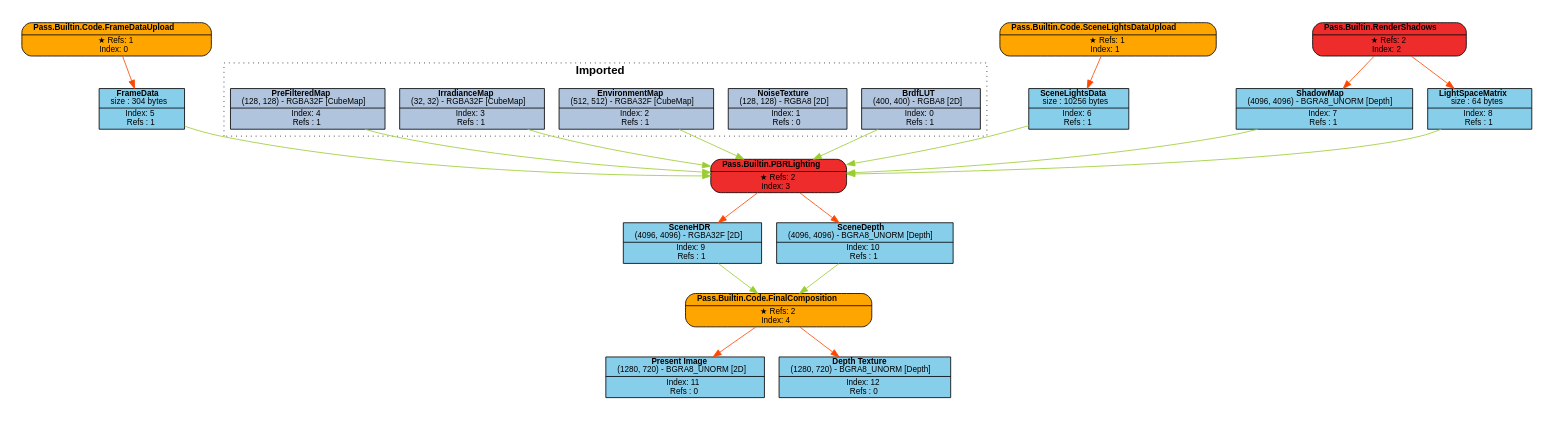
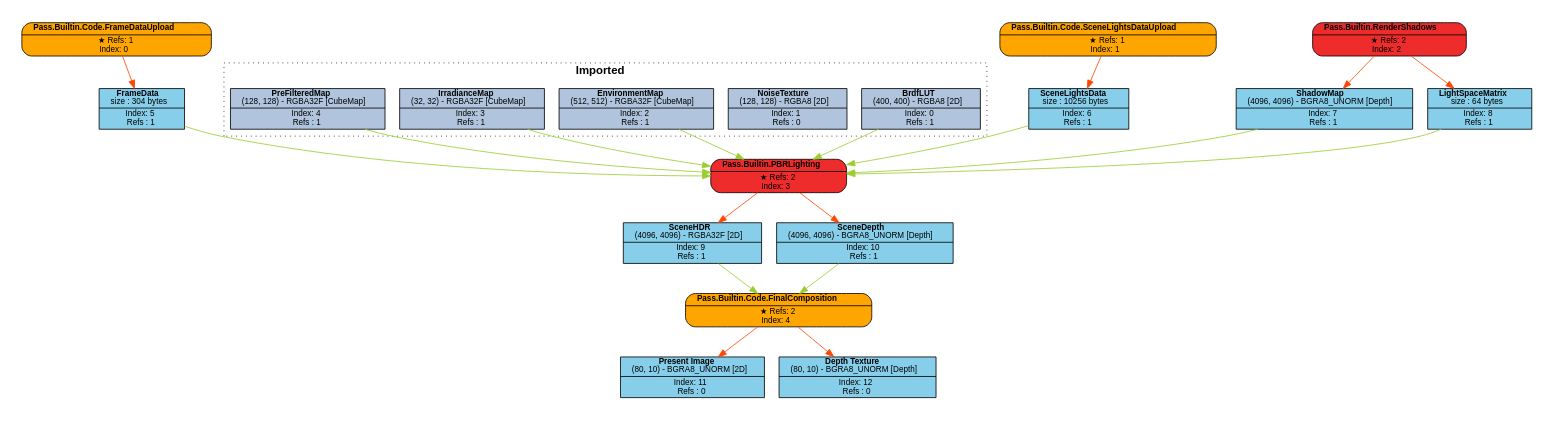
Before and after one commit to Pikachuxxxx/Razix: the diagram in Engine/content/FrameGraphs/pbr_lighting_data_driven.dot, drawn with Graphviz. The commit also changed 10 other files, not shown here.

```diff
--- a/Engine/content/FrameGraphs/pbr_lighting_data_driven.dot
+++ b/Engine/content/FrameGraphs/pbr_lighting_data_driven.dot
@@ -1,66 +1,66 @@
 digraph FrameGraph {
 graph [style=invis, rankdir="TB" ordering=out, splines=spline]
 node [shape=record, fontname="helvetica", fontsize=10, margin="0.2,0.03"]
 
 P0 [label=<{ {<B>Pass.Builtin.Code.FrameDataUpload</B>} | {&#x2605; Refs: 1<BR/> Index: 0} }> style="rounded,filled", fillcolor=orange]
 P1 [label=<{ {<B>Pass.Builtin.Code.SceneLightsDataUpload</B>} | {&#x2605; Refs: 1<BR/> Index: 1} }> style="rounded,filled", fillcolor=orange]
 P2 [label=<{ {<B>Pass.Builtin.RenderShadows</B>} | {&#x2605; Refs: 2<BR/> Index: 2} }> style="rounded,filled", fillcolor=firebrick2]
 P3 [label=<{ {<B>Pass.Builtin.PBRLighting</B>} | {&#x2605; Refs: 2<BR/> Index: 3} }> style="rounded,filled", fillcolor=firebrick2]
 P4 [label=<{ {<B>Pass.Builtin.Code.FinalComposition</B>} | {&#x2605; Refs: 2<BR/> Index: 4} }> style="rounded,filled", fillcolor=orange]
 
 R0_1 [label=<{ {<B>BrdfLUT</B><BR/>(400, 400) - RGBA8 [2D]} | {Index: 0<BR/>Refs : 1} }> style=filled, fillcolor=lightsteelblue]
 R1_1 [label=<{ {<B>NoiseTexture</B><BR/>(128, 128) - RGBA8 [2D]} | {Index: 1<BR/>Refs : 0} }> style=filled, fillcolor=lightsteelblue]
 R2_1 [label=<{ {<B>EnvironmentMap</B><BR/>(512, 512) - RGBA32F [CubeMap]} | {Index: 2<BR/>Refs : 1} }> style=filled, fillcolor=lightsteelblue]
 R3_1 [label=<{ {<B>IrradianceMap</B><BR/>(32, 32) - RGBA32F [CubeMap]} | {Index: 3<BR/>Refs : 1} }> style=filled, fillcolor=lightsteelblue]
 R4_1 [label=<{ {<B>PreFilteredMap</B><BR/>(128, 128) - RGBA32F [CubeMap]} | {Index: 4<BR/>Refs : 1} }> style=filled, fillcolor=lightsteelblue]
 R5_1 [label=<{ {<B>FrameData</B><BR/>size : 304 bytes} | {Index: 5<BR/>Refs : 1} }> style=filled, fillcolor=skyblue]
 R6_1 [label=<{ {<B>SceneLightsData</B><BR/>size : 10256 bytes} | {Index: 6<BR/>Refs : 1} }> style=filled, fillcolor=skyblue]
 R7_1 [label=<{ {<B>ShadowMap</B><BR/>(4096, 4096) - BGRA8_UNORM [Depth]} | {Index: 7<BR/>Refs : 1} }> style=filled, fillcolor=skyblue]
 R8_1 [label=<{ {<B>LightSpaceMatrix</B><BR/>size : 64 bytes} | {Index: 8<BR/>Refs : 1} }> style=filled, fillcolor=skyblue]
 R9_1 [label=<{ {<B>SceneHDR</B><BR/>(4096, 4096) - RGBA32F [2D]} | {Index: 9<BR/>Refs : 1} }> style=filled, fillcolor=skyblue]
 R10_1 [label=<{ {<B>SceneDepth</B><BR/>(4096, 4096) - BGRA8_UNORM [Depth]} | {Index: 10<BR/>Refs : 1} }> style=filled, fillcolor=skyblue]
-R11_1 [label=<{ {<B>Present Image</B><BR/>(1280, 720) - BGRA8_UNORM [2D]} | {Index: 11<BR/>Refs : 0} }> style=filled, fillcolor=skyblue]
-R12_1 [label=<{ {<B>Depth Texture</B><BR/>(1280, 720) - BGRA8_UNORM [Depth]} | {Index: 12<BR/>Refs : 0} }> style=filled, fillcolor=skyblue]
+R11_1 [label=<{ {<B>Present Image</B><BR/>(80, 10) - BGRA8_UNORM [2D]} | {Index: 11<BR/>Refs : 0} }> style=filled, fillcolor=skyblue]
+R12_1 [label=<{ {<B>Depth Texture</B><BR/>(80, 10) - BGRA8_UNORM [Depth]} | {Index: 12<BR/>Refs : 0} }> style=filled, fillcolor=skyblue]
 
 P0 -> { R5_1 } [color=orangered]
 P1 -> { R6_1 } [color=orangered]
 P2 -> { R7_1 R8_1 } [color=orangered]
 P3 -> { R9_1 R10_1 } [color=orangered]
 P4 -> { R11_1 R12_1 } [color=orangered]
 
 R0_1 -> { P3 } [color=olivedrab3]
 R1_1 -> { } [color=olivedrab3]
 R2_1 -> { P3 } [color=olivedrab3]
 R3_1 -> { P3 } [color=olivedrab3]
 R4_1 -> { P3 } [color=olivedrab3]
 R5_1 -> { P3 } [color=olivedrab3]
 R6_1 -> { P3 } [color=olivedrab3]
 R7_1 -> { P3 } [color=olivedrab3]
 R8_1 -> { P3 } [color=olivedrab3]
 R9_1 -> { P4 } [color=olivedrab3]
 R10_1 -> { P4 } [color=olivedrab3]
 R11_1 -> { } [color=olivedrab3]
 R12_1 -> { } [color=olivedrab3]
 
 subgraph cluster_0 {
 P0 R5_1 
 }
 subgraph cluster_1 {
 P1 R6_1 
 }
 subgraph cluster_2 {
 P2 R7_1 R8_1 
 }
 subgraph cluster_3 {
 P3 R9_1 R10_1 
 }
 subgraph cluster_4 {
 P4 R11_1 R12_1 
 }
 
 subgraph cluster_imported_resources {
 graph [style=dotted, fontname="helvetica", label=< <B>Imported</B> >]
 R0_1 R1_1 R2_1 R3_1 R4_1 
 }
 
 }
```
